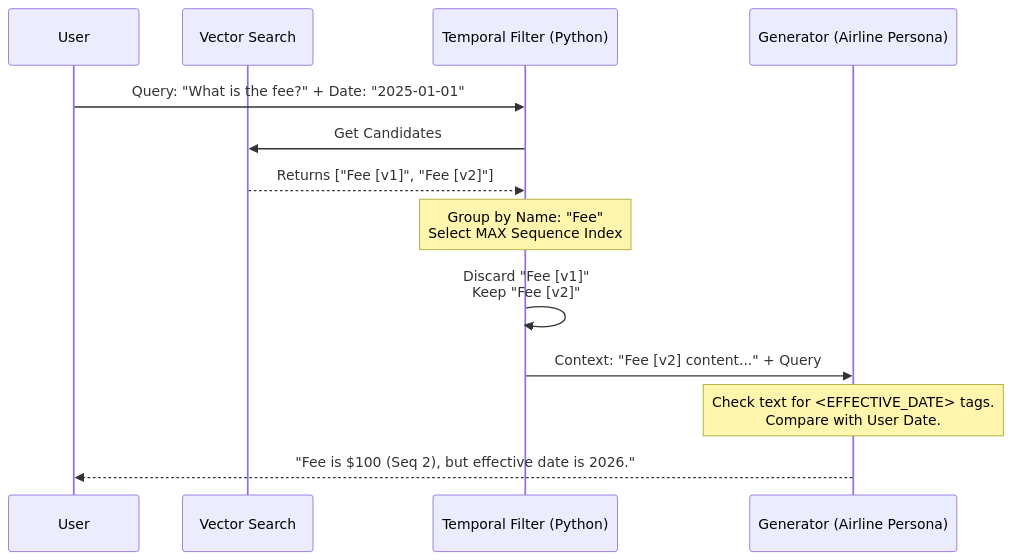
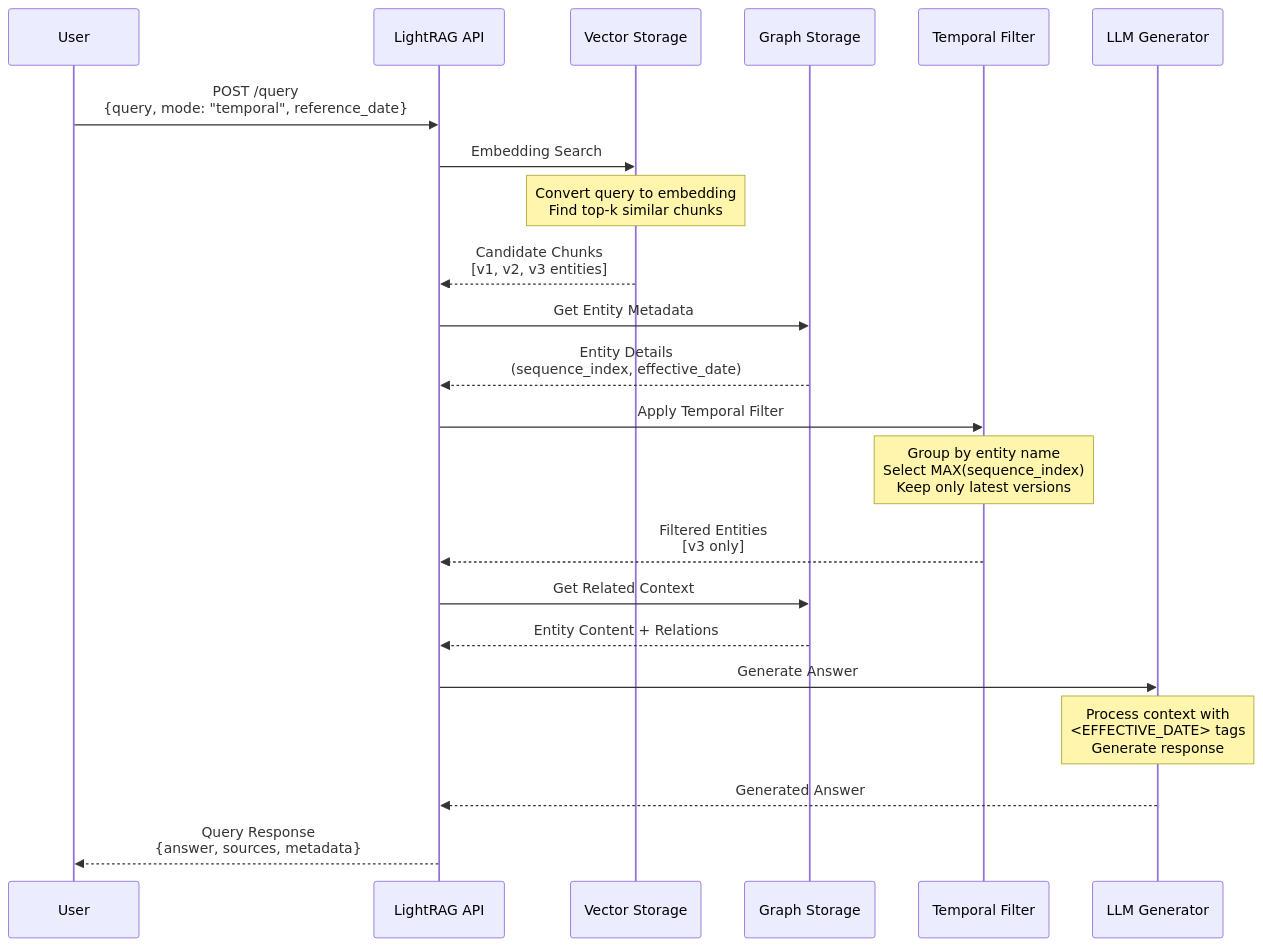
One commit to parthpatel643/LightRAG changed the diagram in docs/RETRIEVAL_LOGIC.md. Above: the diagram before and after it, drawn with Mermaid. The commit also changed other lines of this file and 42 other files, not shown here.

````diff
--- a/docs/RETRIEVAL_LOGIC.md
+++ b/docs/RETRIEVAL_LOGIC.md
@@ -55,21 +57,30 @@
 ```mermaid
 sequenceDiagram
     participant User
-    participant VectorDB as Vector Search
-    participant Filter as Temporal Filter (Python)
-    participant LLM as Generator (Airline Persona)
+    participant API as LightRAG API
+    participant Vector as Vector Storage
+    participant Graph as Graph Storage
+    participant Filter as Temporal Filter
+    participant LLM as LLM Generator
     
-    User->>Filter: Query: "What is the fee?" + Date: "2025-01-01"
-    Filter->>VectorDB: Get Candidates
-    VectorDB-->>Filter: Returns ["Fee [v1]", "Fee [v2]"]
+    User->>API: POST /query<br/>{query, mode: "temporal", reference_date}
+    API->>Vector: Embedding Search
+    Note over Vector: Convert query to embedding<br/>Find top-k similar chunks
+    Vector-->>API: Candidate Chunks<br/>[v1, v2, v3 entities]
     
-    Note over Filter: Group by Name: "Fee"<br/>Select MAX Sequence Index
+    API->>Graph: Get Entity Metadata
+    Graph-->>API: Entity Details<br/>(sequence_index, effective_date)
     
-    Filter->>Filter: Discard "Fee [v1]"<br/>Keep "Fee [v2]"
+    API->>Filter: Apply Temporal Filter
+    Note over Filter: Group by entity name<br/>Select MAX(sequence_index)<br/>Keep only latest versions
+    Filter-->>API: Filtered Entities<br/>[v3 only]
     
-    Filter->>LLM: Context: "Fee [v2] content..." + Query
+    API->>Graph: Get Related Context
+    Graph-->>API: Entity Content + Relations
     
-    Note over LLM: Check text for <EFFECTIVE_DATE> tags.<br/>Compare with User Date.
+    API->>LLM: Generate Answer
+    Note over LLM: Process context with<br/><EFFECTIVE_DATE> tags<br/>Generate response
+    LLM-->>API: Generated Answer
     
-    LLM-->>User: "Fee is $100 (Seq 2), but effective date is 2026."
+    API-->>User: Query Response<br/>{answer, sources, metadata}
 ```
````
